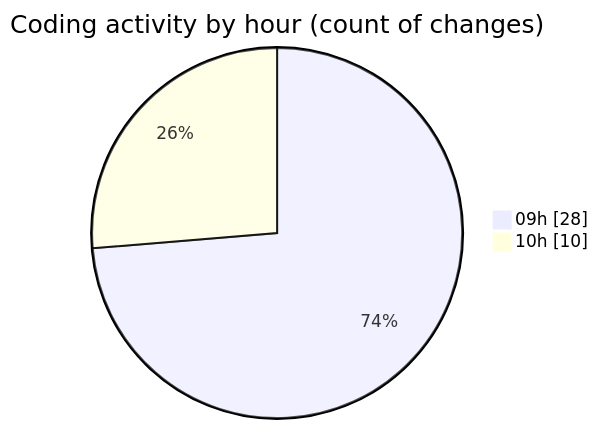
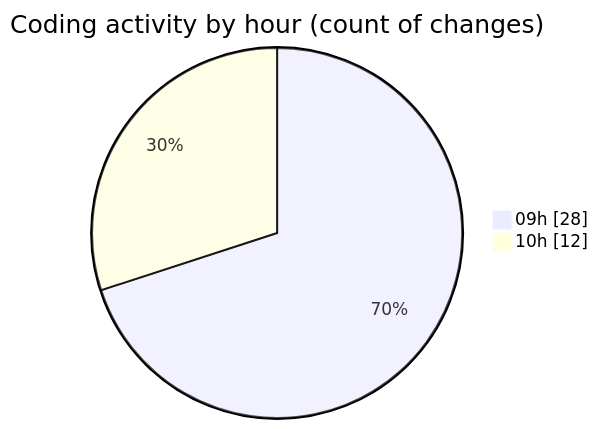
The second of 2 diagrams in 2026-07-30/cda/README.md (momahboobian/code-tracking), drawn with Mermaid before and after one commit. The commit also changed other lines of this file and 1 other file, not shown here.

````diff
--- a/2026-07-30/cda/README.md
+++ b/2026-07-30/cda/README.md
@@ -58,6 +58,6 @@
 ```mermaid
 pie showData
 title Coding activity by hour (count of changes)
 "09h" : 28
-"10h" : 10
+"10h" : 12
 ```
````
